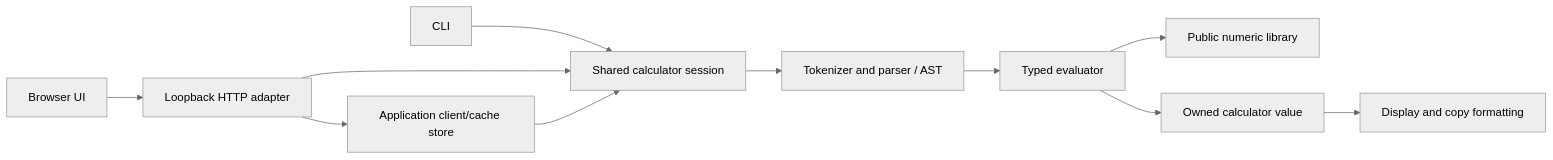
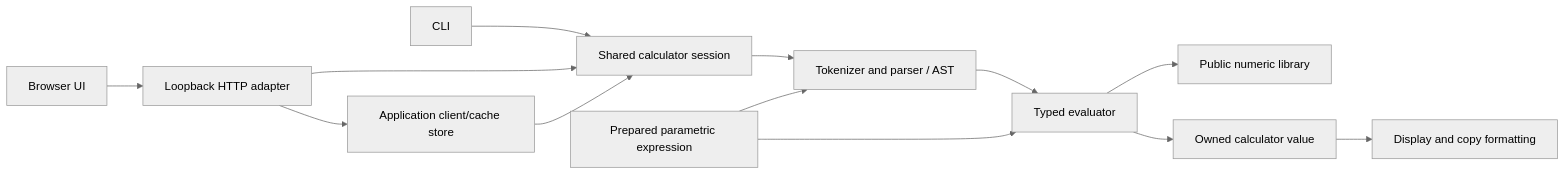
One commit to Interacti0n/NumForge changed the diagram in docs/design/ARCHITECTURE.md. Above: the diagram before and after it, drawn with Mermaid (neutral theme). The commit also changed other lines of this file and 13 other files, not shown here.

Commit message:
Add isolated parametric expression foundation for graphs and solvers

````diff
--- a/docs/design/ARCHITECTURE.md
+++ b/docs/design/ARCHITECTURE.md
@@ -26,13 +26,15 @@
 ```mermaid
 flowchart LR
     CLI[CLI] --> Session[Shared calculator session]
     Browser[Browser UI] --> HTTP[Loopback HTTP adapter]
     HTTP --> Session
     HTTP --> Store[Application client/cache store]
     Store --> Session
     Session --> Parser[Tokenizer and parser / AST]
     Parser --> Evaluator[Typed evaluator]
+    Prepared[Prepared parametric expression] --> Parser
+    Prepared --> Evaluator
     Evaluator --> Library[Public numeric library]
     Evaluator --> Value[Owned calculator value]
     Value --> Formatter[Display and copy formatting]
 ```
````
